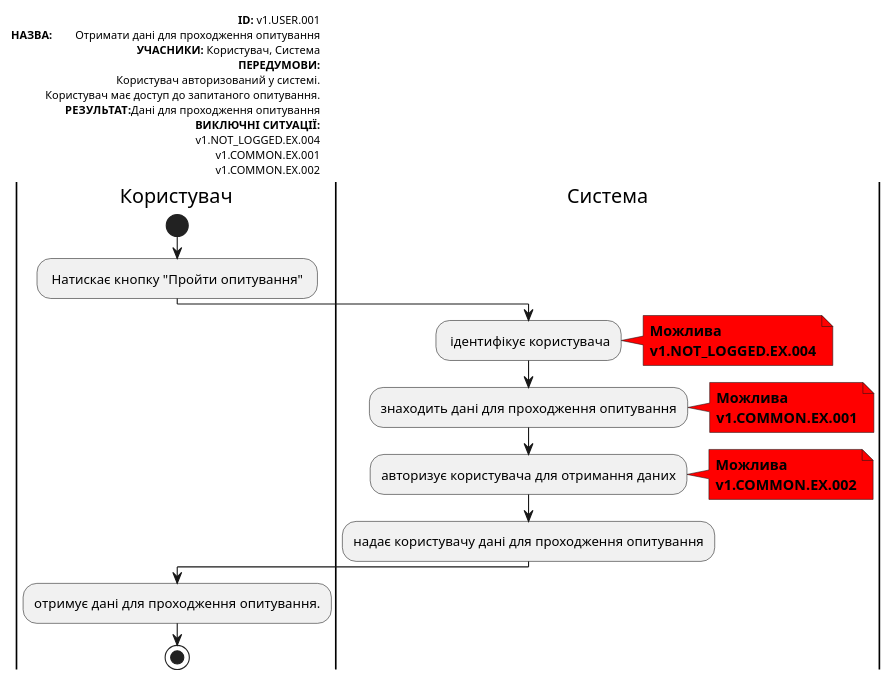
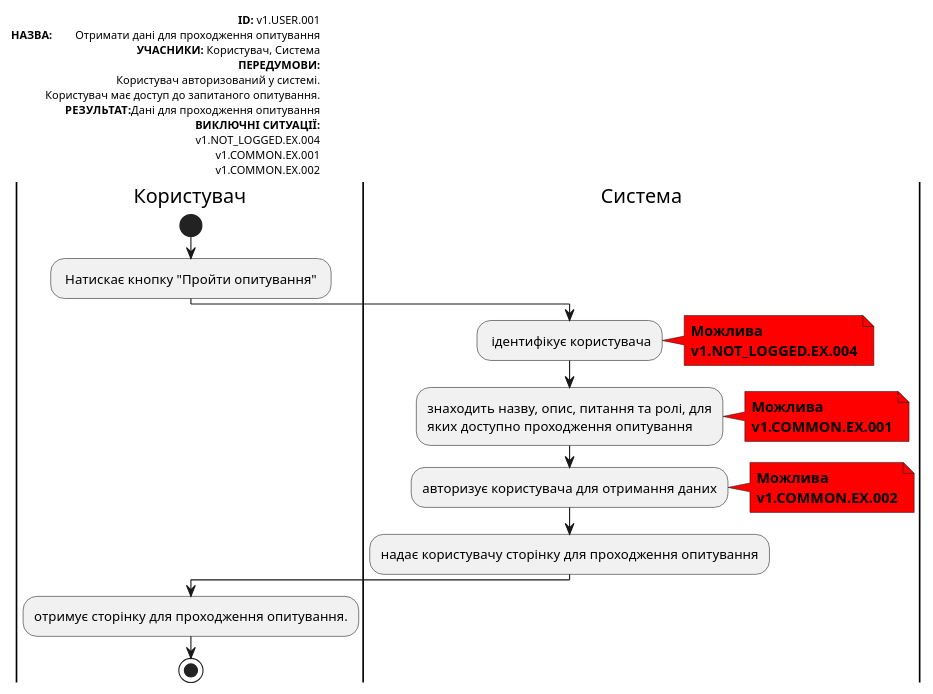
Before and after one commit to danilbezus/survey-expert: the seventh of 22 diagrams in docs/use cases/README.md, drawn with PlantUML. The commit also changed other lines of this file, not shown here.

```diff
--- a/docs/use cases/README.md
+++ b/docs/use cases/README.md
@@ -107,50 +199,51 @@
   @startuml
 
       left header
            <font color=000 size=10><b>ID:</b> v1.USER.001
            <font color=000 size=10><b>НАЗВА:</b> 	Отримати дані для проходження опитування
            <font color=000 size=10><b>УЧАСНИКИ:</b> Користувач, Система
            <font color=000 size=10><b>ПЕРЕДУМОВИ:</b>
            <font color=000 size=10>Користувач авторизований у системі.
            <font color=000 size=10>Користувач має доступ до запитаного опитування.
            <font color=000 size=10><b>РЕЗУЛЬТАТ:</b>Дані для проходження опитування
            <font color=000 size=10><b>ВИКЛЮЧНІ СИТУАЦІЇ:</b>
            <font color=000 size=10>v1.NOT_LOGGED.EX.004
            <font color=000 size=10>v1.COMMON.EX.001
            <font color=000 size=10>v1.COMMON.EX.002
        end header
 
        |Користувач|
            start
            : Натискає кнопку "Пройти опитування" ;
 
        |Система|
            : ідентифікує користувача;
 
            note right #ff0000
            <b>Можлива</b>
            <b>v1.NOT_LOGGED.EX.004</b>
            end note
 
-           :знаходить дані для проходження опитування;
+           :знаходить назву, опис, питання та ролі, для 
+           яких доступно проходження опитування;
 
            note right #ff0000
            <b>Можлива</b>
            <b>v1.COMMON.EX.001</b>
            end note
 
            :авторизує користувача для отримання даних;
 
            note right #ff0000
            <b>Можлива</b>
            <b>v1.COMMON.EX.002</b>
            end note
 
-           :надає користувачу дані для проходження опитування;
+           :надає користувачу сторінку для проходження опитування;
 
        |Користувач|
 
-       :отримує дані для проходження опитування.;
+       :отримує сторінку для проходження опитування.;
            stop;
 
   @enduml
```
